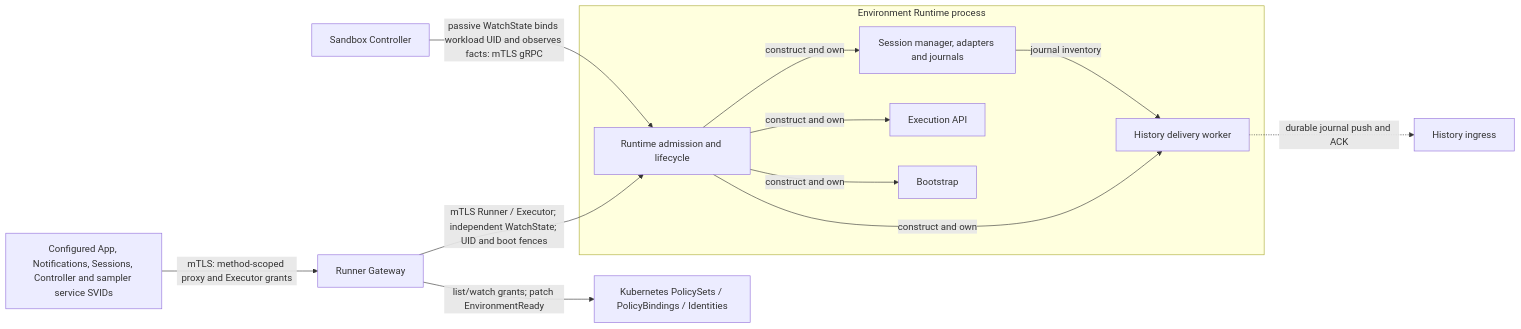
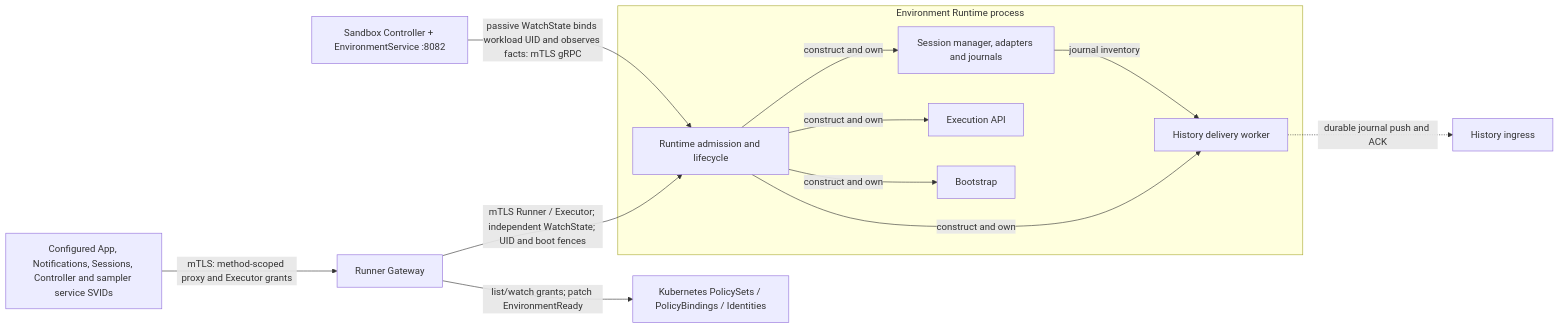
The seventh of 18 diagrams in agentplane/docs/system_overview.md (agentydragon/ducktape), drawn with Mermaid before and after one commit. The commit also changed other lines of this file and 14 other files, not shown here.

Commit message:
feat(agentplane): enable the Controller EnvironmentService receiver

````diff
--- a/agentplane/docs/system_overview.md
+++ b/agentplane/docs/system_overview.md
@@ -459,21 +461,21 @@
 ```mermaid
 flowchart LR
     gateway[Runner Gateway]
     services[Configured App, Notifications, Sessions, Controller and sampler service SVIDs]
     services -->|mTLS: method-scoped proxy and Executor grants| gateway
     subgraph environment_runtime[Environment Runtime process]
       runtime[Runtime admission and lifecycle]
       sessions[Session manager, adapters and journals]
       execution[Execution API]
       bootstrap[Bootstrap]
       delivery[History delivery worker]
       runtime -->|construct and own| sessions & execution & bootstrap & delivery
       sessions -->|journal inventory| delivery
     end
     history[History ingress]
     gateway -->|mTLS Runner / Executor; independent WatchState; UID and boot fences| runtime
     policy_api[Kubernetes PolicySets / PolicyBindings / Identities]
     gateway -->|list/watch grants; patch EnvironmentReady| policy_api
-    sandboxctl[Sandbox Controller] -->|passive WatchState binds workload UID and observes facts: mTLS gRPC| runtime
+    sandboxctl[Sandbox Controller + EnvironmentService :8082] -->|passive WatchState binds workload UID and observes facts: mTLS gRPC| runtime
     delivery -.->|durable journal push and ACK| history
 ```
````
